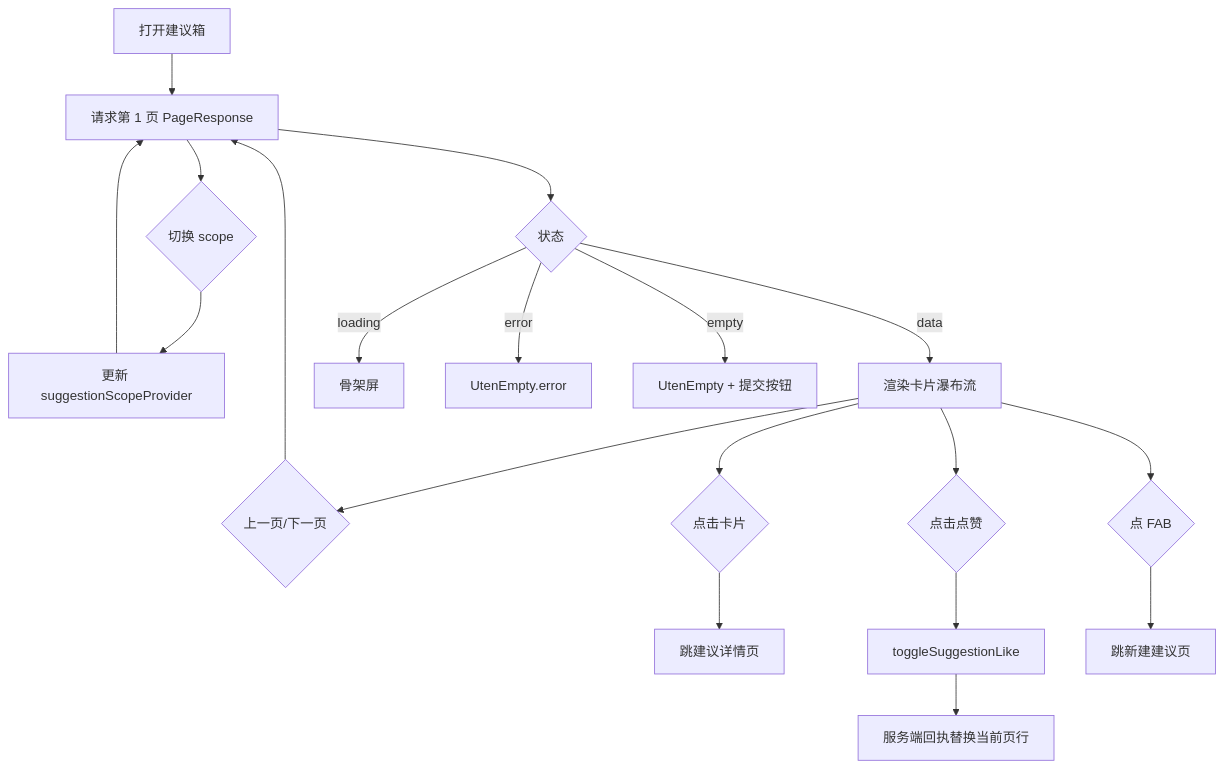
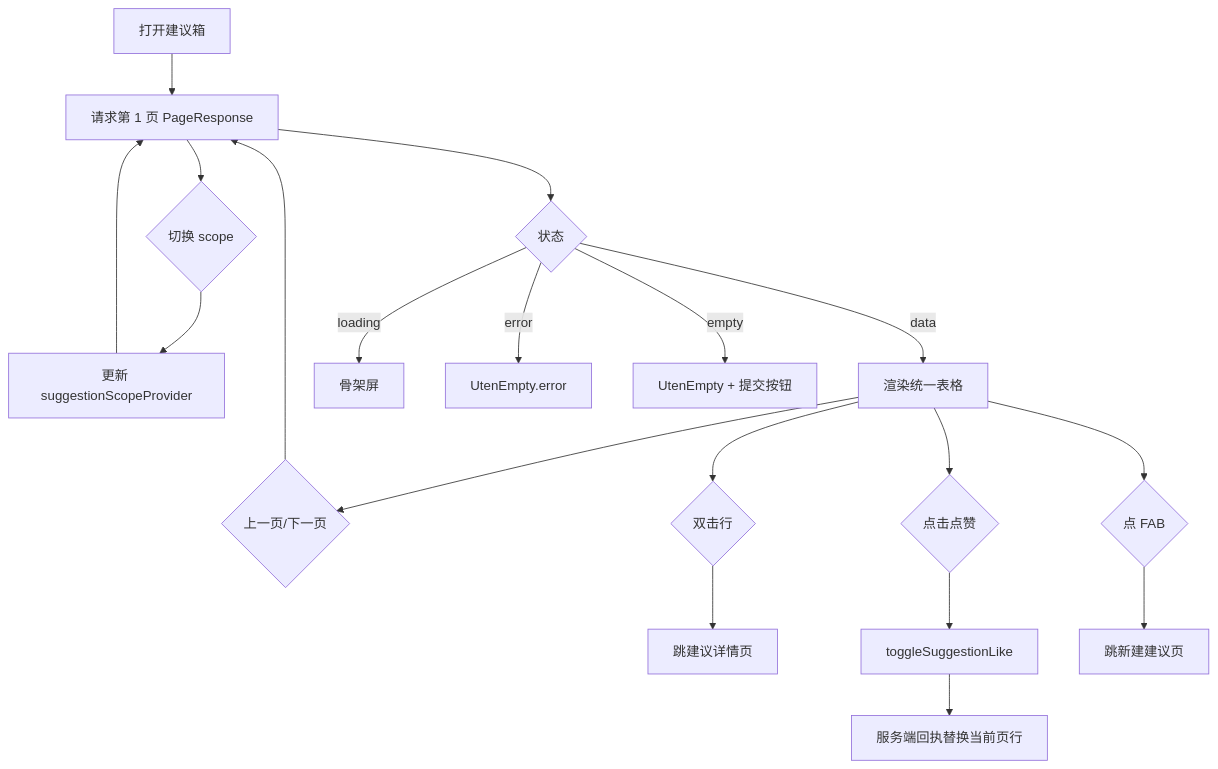
Before and after one commit to BruceChu0424/utenelec_imp: the diagram in docs/03-页面/建议箱页.md, drawn with Mermaid. The commit also changed other lines of this file and 714 other files, not shown here.

````diff
--- a/docs/03-页面/建议箱页.md
+++ b/docs/03-页面/建议箱页.md
@@ -117,21 +87,21 @@
 ```mermaid
 flowchart TD
     A[打开建议箱] --> W[请求第 1 页 PageResponse]
     W --> F{切换 scope}
     F --> SP[更新 suggestionScopeProvider]
     SP --> W
     LIST --> PG{上一页/下一页}
     PG --> W
     W --> S{状态}
     S -->|loading| SK[骨架屏]
     S -->|error| ER[UtenEmpty.error]
     S -->|empty| EM[UtenEmpty + 提交按钮]
-    S -->|data| LIST[渲染卡片瀑布流]
-    LIST --> CLK{点击卡片}
+    S -->|data| LIST[渲染统一表格]
+    LIST --> CLK{双击行}
     CLK --> D[跳建议详情页]
     LIST --> LK{点击点赞}
     LK --> TL[toggleSuggestionLike]
     TL --> RP[服务端回执替换当前页行]
     LIST --> FAB{点 FAB}
     FAB --> N[跳新建建议页]
 ```
````
